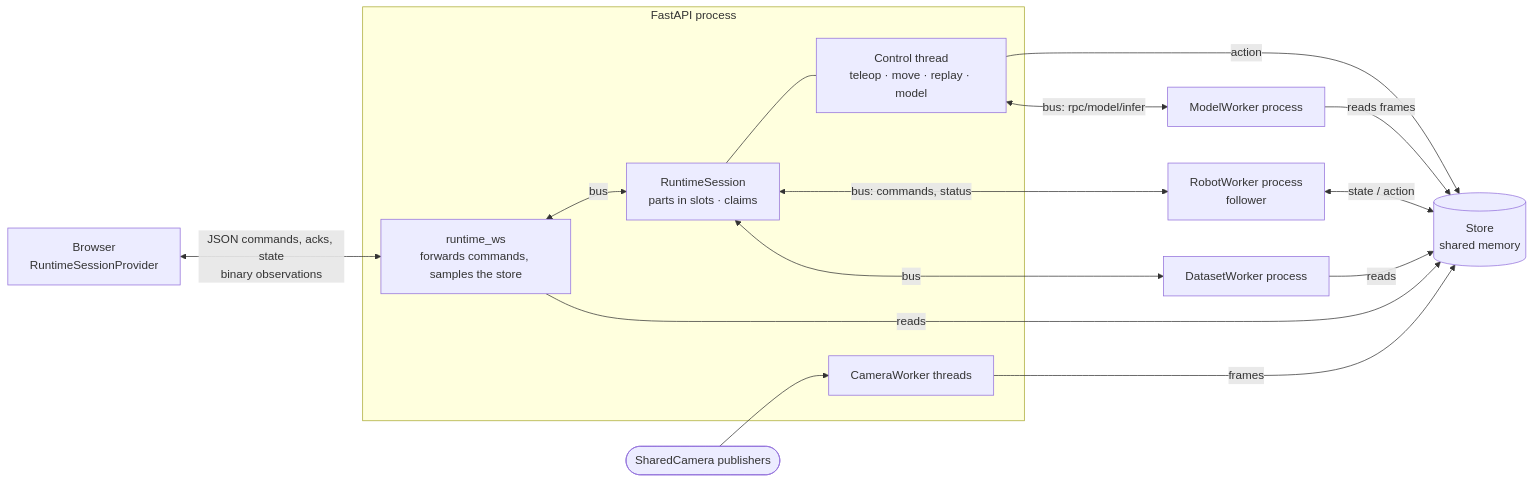
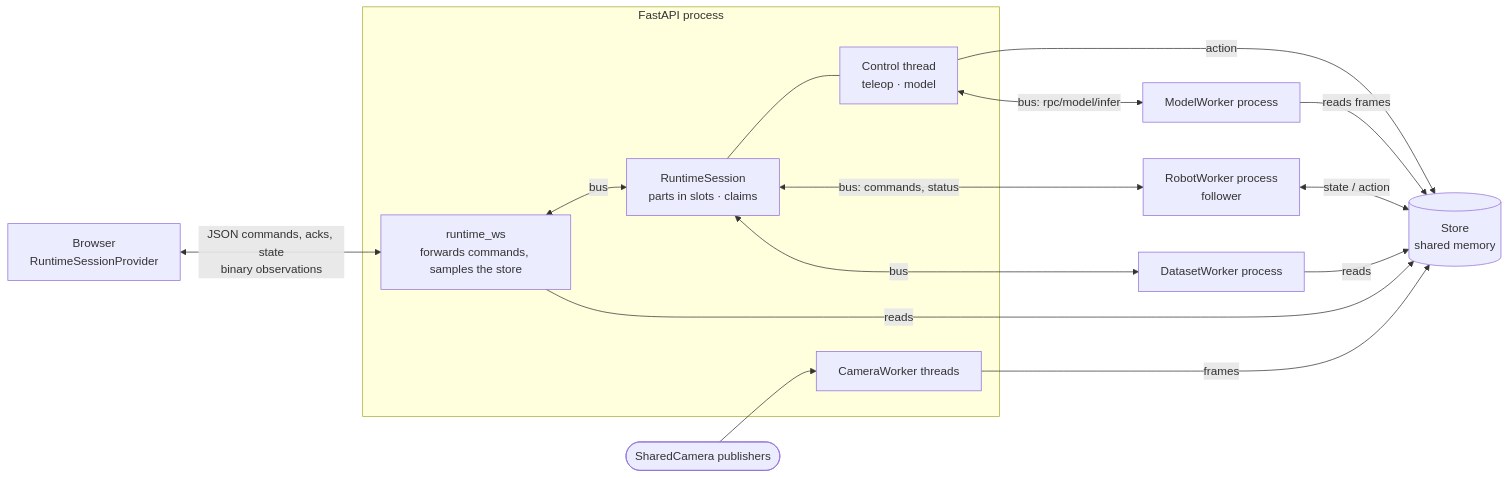
Before and after one commit to open-edge-platform/physical-ai-studio: the diagram in application/docs/explanation/runtime-session-architecture.md, drawn with Mermaid. The commit also changed other lines of this file and 35 other files, not shown here.

````diff
--- a/application/docs/explanation/runtime-session-architecture.md
+++ b/application/docs/explanation/runtime-session-architecture.md
@@ -35,29 +35,29 @@
 ```mermaid
 flowchart LR
   ui["Browser<br/>RuntimeSessionProvider"]
   subgraph api["FastAPI process"]
     ws["runtime_ws<br/>forwards commands, samples the store"]
     sess["RuntimeSession<br/>parts in slots · claims"]
-    ctl["Control thread<br/>teleop · move · replay · model"]
+    ctl["Control thread<br/>teleop · model"]
     cam["CameraWorker threads"]
   end
   robot["RobotWorker process<br/>follower"]
   ds["DatasetWorker process"]
   mw["ModelWorker process"]
   pub(["SharedCamera publishers"])
   store[("Store<br/>shared memory")]
 
   ui <-->|"JSON commands, acks, state<br/>binary observations"| ws
   ws <-->|bus| sess
   sess --- ctl
   ctl -->|action| store
   robot <-->|"state / action"| store
   cam -->|frames| store
   pub --> cam
   ds -->|reads| store
   mw -->|reads frames| store
   sess <-->|"bus: commands, status"| robot
   sess <-->|bus| ds
   ctl <-->|"bus: rpc/model/infer"| mw
   ws -->|reads| store
 ```
````
